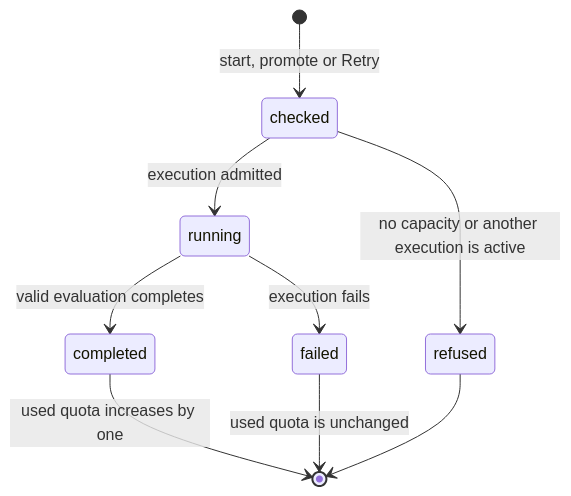
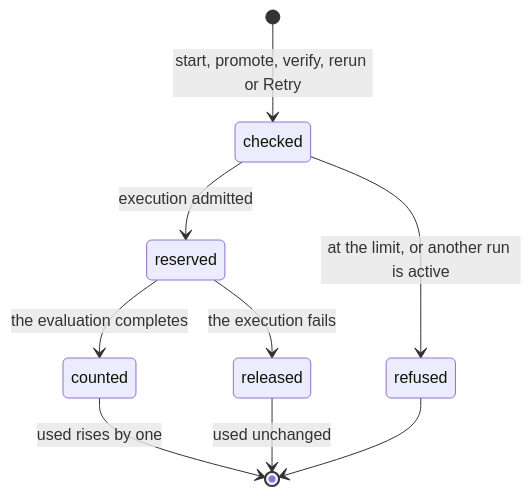
Before and after one commit to SamGu-NRX/CogPortal: the diagram in docs/product-description/cross-cutting/credit-and-quota.md, drawn with Mermaid. The commit also changed other lines of this file and 41 other files, not shown here.

````diff
--- a/docs/product-description/cross-cutting/credit-and-quota.md
+++ b/docs/product-description/cross-cutting/credit-and-quota.md
@@ -17,11 +21,11 @@
 ```mermaid
 stateDiagram-v2
-    [*] --> checked : start, promote or Retry
-    checked --> refused : no capacity or another execution is active
-    checked --> running : execution admitted
-    running --> completed : valid evaluation completes
-    running --> failed : execution fails
-    completed --> [*] : used quota increases by one
-    failed --> [*] : used quota is unchanged
+    [*] --> checked : start, promote, verify, rerun or Retry
+    checked --> refused : at the limit, or another run is active
+    checked --> reserved : execution admitted
+    reserved --> counted : the evaluation completes
+    reserved --> released : the execution fails
+    counted --> [*] : used rises by one
+    released --> [*] : used unchanged
     refused --> [*]
 ```
````
